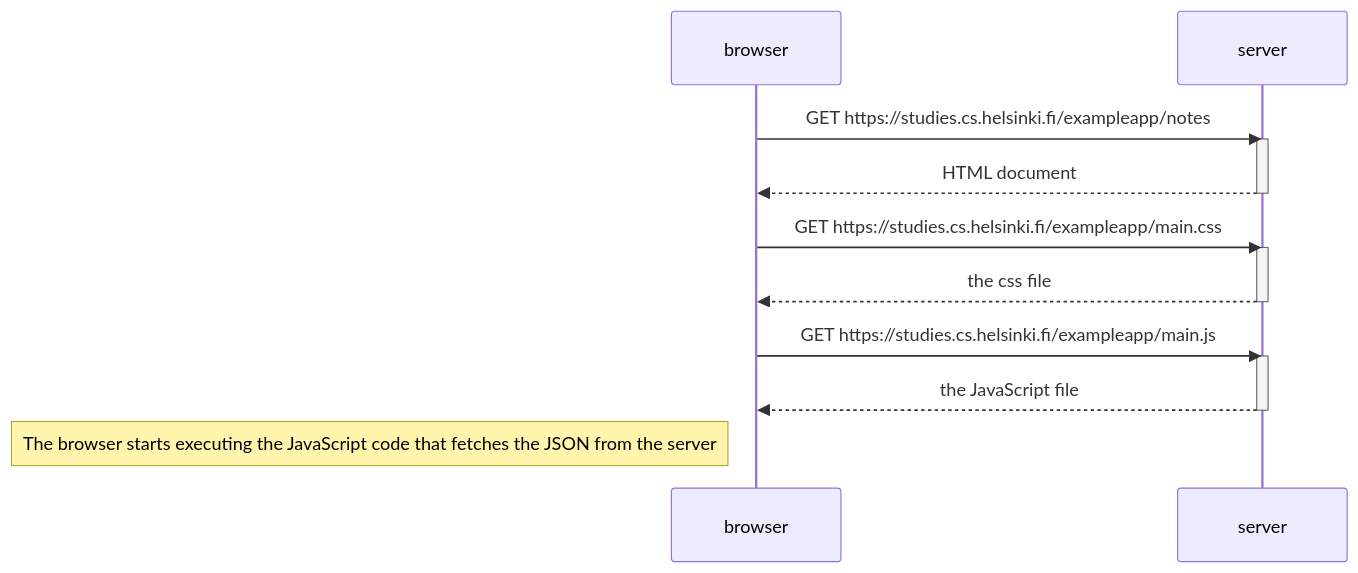
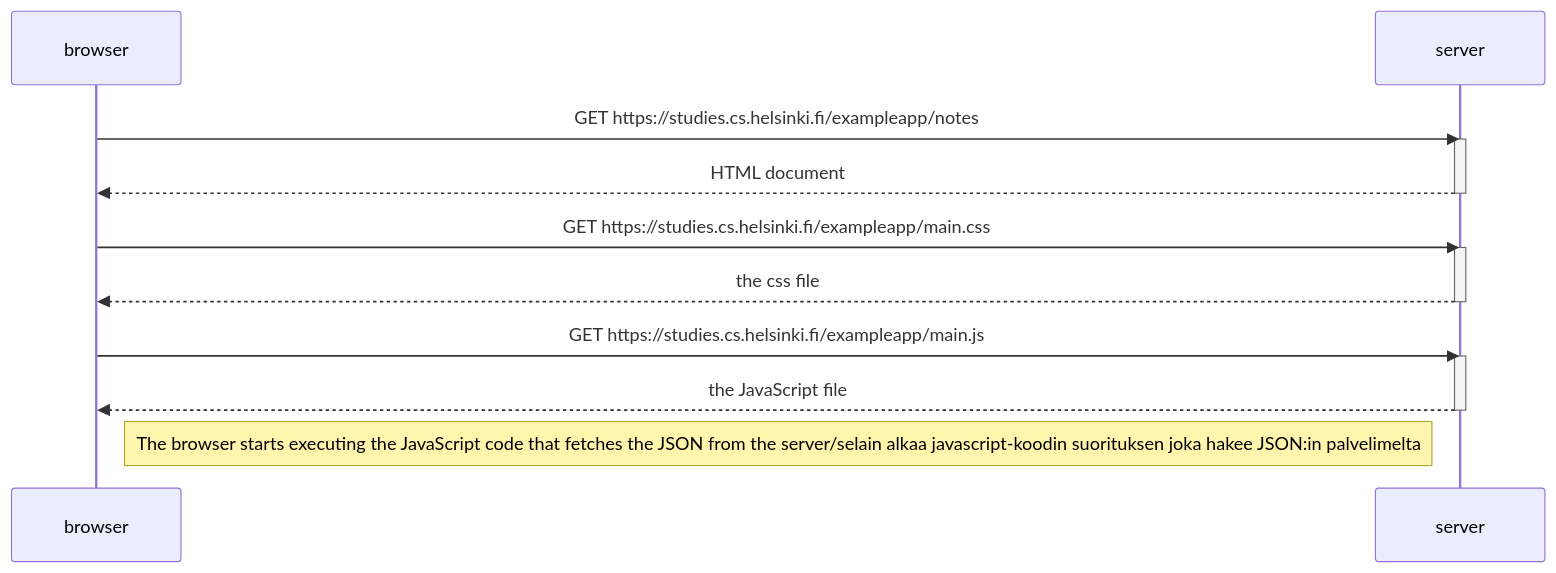
One commit to moocjsi/mooc-harj03 changed the diagram in mermaid-test6.md. Above: the diagram before and after it, drawn with Mermaid.

````diff
--- a/mermaid-test6.md
+++ b/mermaid-test6.md
@@ -1,23 +1,23 @@
 ```mermaid
 sequenceDiagram
     participant browser
     participant server
     
     browser->>server: GET https://studies.cs.helsinki.fi/exampleapp/notes
     activate server
     server-->>browser: HTML document
     deactivate server
 
     browser->>server: GET https://studies.cs.helsinki.fi/exampleapp/main.css
     activate server
     server-->>browser: the css file
     deactivate server
 
     browser->>server: GET https://studies.cs.helsinki.fi/exampleapp/main.js
     activate server
     server-->>browser: the JavaScript file
     deactivate server
 
-    Note left of browser: The browser starts executing the JavaScript code that fetches the JSON from the server
+    Note right of browser: The browser starts executing the JavaScript code that fetches the JSON from the server/selain alkaa  javascript-koodin suorituksen joka hakee JSON:in palvelimelta
 
 ```
````
